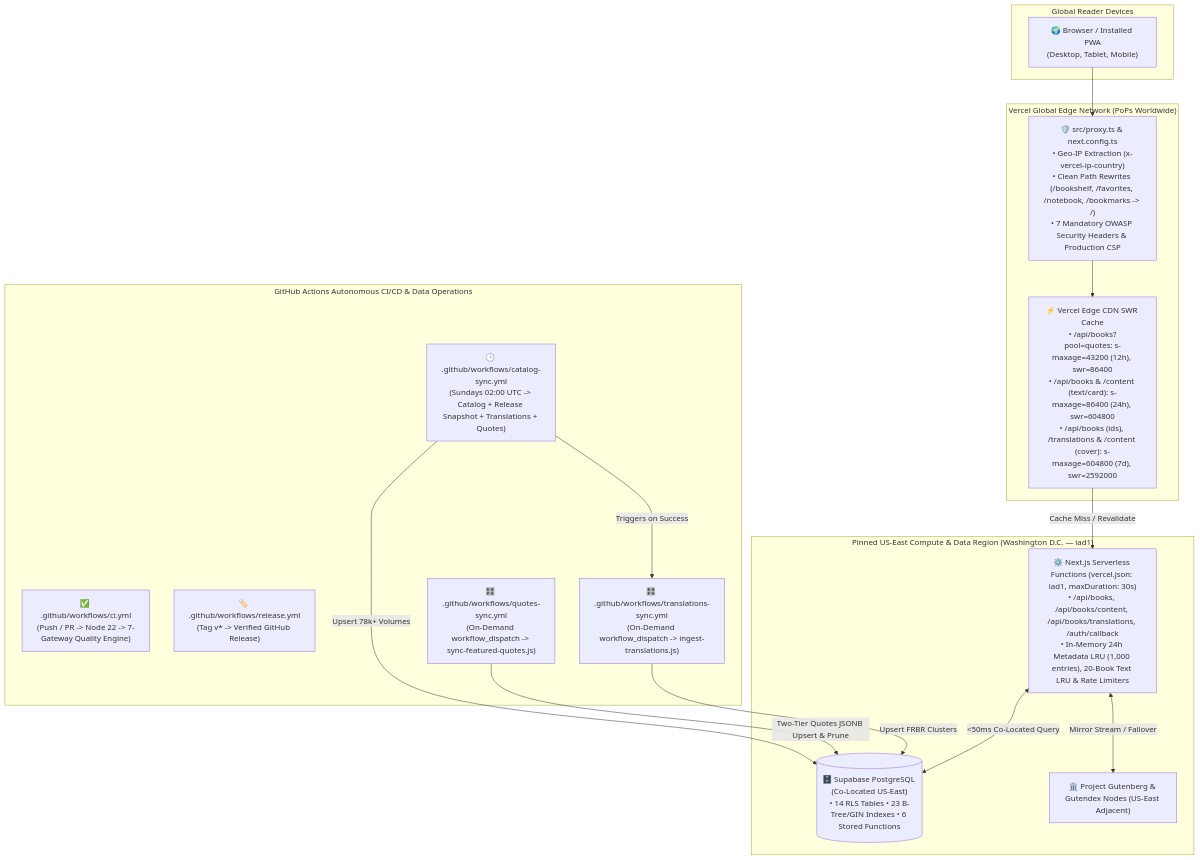
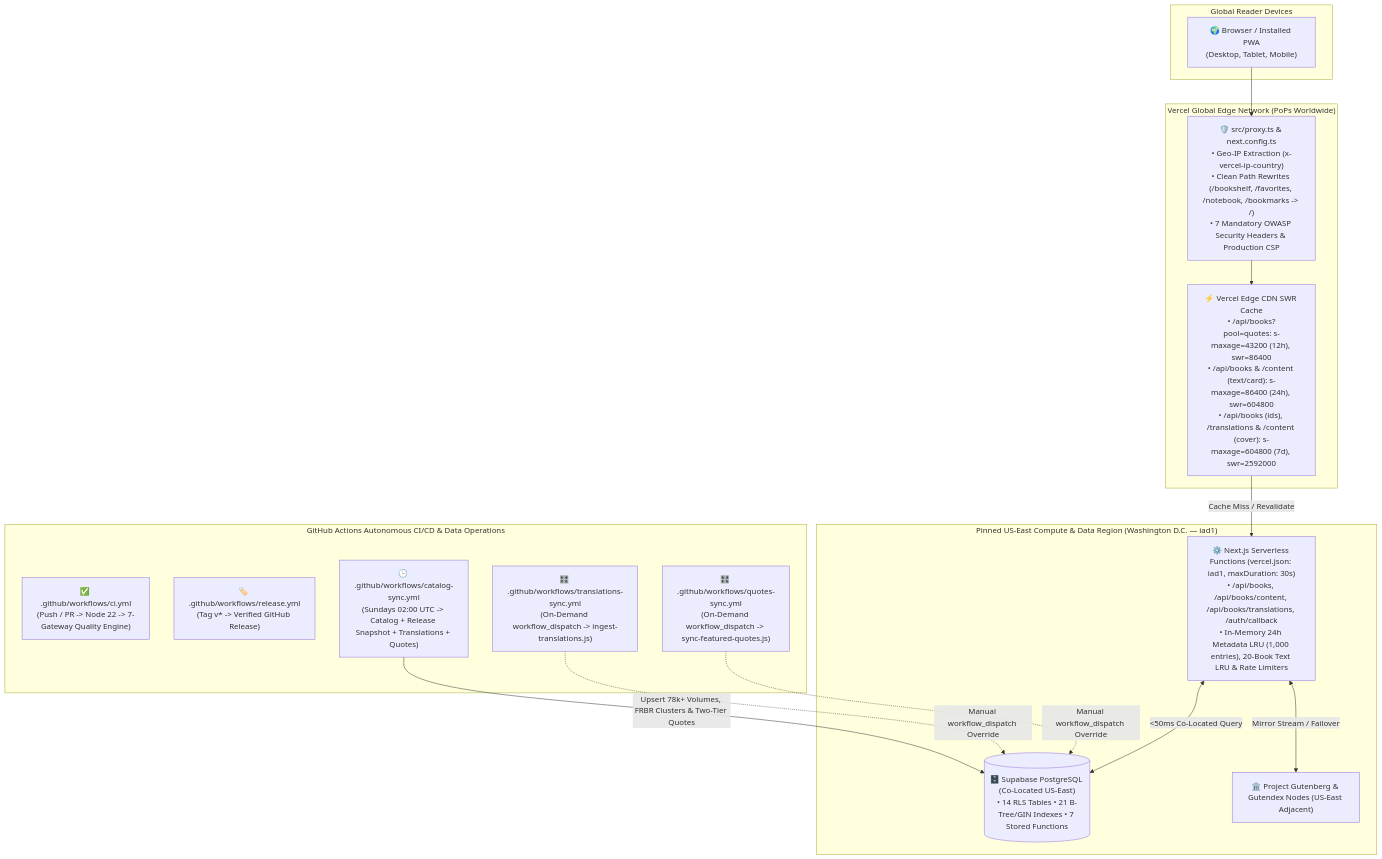
One commit to calin-m/Bookarium changed diagram 12 of 13 in docs/ARCHITECTURE.md. Above: the diagram before and after it, drawn with Mermaid. The commit also changed other lines of this file and 31 other files, not shown here.

````diff
--- a/docs/ARCHITECTURE.md
+++ b/docs/ARCHITECTURE.md
@@ -1618,35 +1619,34 @@
 ```mermaid
 flowchart TD
     subgraph GlobalClients ["Global Reader Devices"]
         Client["🌍 Browser / Installed PWA\n(Desktop, Tablet, Mobile)"]
     end
 
     subgraph VercelEdgeNetwork ["Vercel Global Edge Network (PoPs Worldwide)"]
         EdgeProxy["🛡️ src/proxy.ts & next.config.ts\n• Geo-IP Extraction (x-vercel-ip-country)\n• Clean Path Rewrites (/bookshelf, /favorites, /notebook, /bookmarks -> /)\n• 7 Mandatory OWASP Security Headers & Production CSP"]
         EdgeCDN["⚡ Vercel Edge CDN SWR Cache\n• /api/books?pool=quotes: s-maxage=43200 (12h), swr=86400\n• /api/books & /content (text/card): s-maxage=86400 (24h), swr=604800\n• /api/books (ids), /translations & /content (cover): s-maxage=604800 (7d), swr=2592000"]
     end
 
     subgraph USCompute ["Pinned US-East Compute & Data Region (Washington D.C. — iad1)"]
         Serverless["⚙️ Next.js Serverless Functions (vercel.json: iad1, maxDuration: 30s)\n• /api/books, /api/books/content, /api/books/translations, /auth/callback\n• In-Memory 24h Metadata LRU (1,000 entries), 20-Book Text LRU & Rate Limiters"]
-        SupabaseUS[("🗄️ Supabase PostgreSQL (Co-Located US-East)\n• 14 RLS Tables • 23 B-Tree/GIN Indexes • 6 Stored Functions")]
+        SupabaseUS[("🗄️ Supabase PostgreSQL (Co-Located US-East)\n• 14 RLS Tables • 21 B-Tree/GIN Indexes • 7 Stored Functions")]
         GutenbergUS["🏛️ Project Gutenberg & Gutendex Nodes (US-East Adjacent)"]
     end
 
     subgraph GitHubOps ["GitHub Actions Autonomous CI/CD & Data Operations"]
         CIWorkflow["✅ .github/workflows/ci.yml\n(Push / PR -> Node 22 -> 7-Gateway Quality Engine)"]
         ReleaseWorkflow["🏷️ .github/workflows/release.yml\n(Tag v* -> Verified GitHub Release)"]
         CatalogCron["🕒 .github/workflows/catalog-sync.yml\n(Sundays 02:00 UTC -> Catalog + Release Snapshot + Translations + Quotes)"]
         TransCron["🎛️ .github/workflows/translations-sync.yml\n(On-Demand workflow_dispatch -> ingest-translations.js)"]
         QuotesCron["🎛️ .github/workflows/quotes-sync.yml\n(On-Demand workflow_dispatch -> sync-featured-quotes.js)"]
     end
 
     Client --> EdgeProxy
     EdgeProxy --> EdgeCDN
     EdgeCDN -->|"Cache Miss / Revalidate"| Serverless
     Serverless <-->|"<50ms Co-Located Query"| SupabaseUS
     Serverless <-->|"Mirror Stream / Failover"| GutenbergUS
-    CatalogCron -->|"Upsert 78k+ Volumes"| SupabaseUS
-    CatalogCron -->|"Triggers on Success"| TransCron
-    TransCron -->|"Upsert FRBR Clusters"| SupabaseUS
-    QuotesCron -->|"Two-Tier Quotes JSONB Upsert & Prune"| SupabaseUS
+    CatalogCron -->|"Upsert 78k+ Volumes, FRBR Clusters & Two-Tier Quotes"| SupabaseUS
+    TransCron -.->|"Manual workflow_dispatch Override"| SupabaseUS
+    QuotesCron -.->|"Manual workflow_dispatch Override"| SupabaseUS
 ```
````
